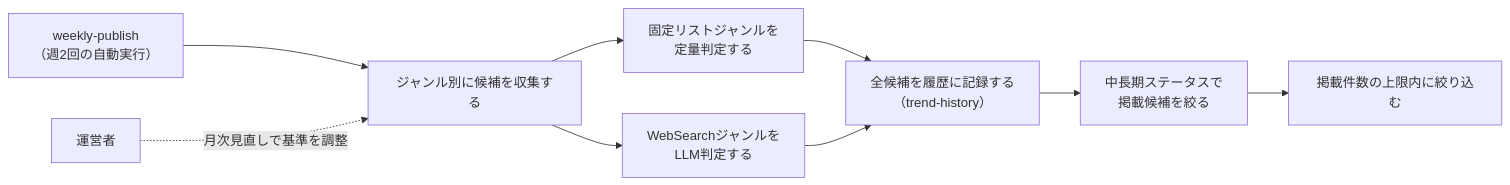
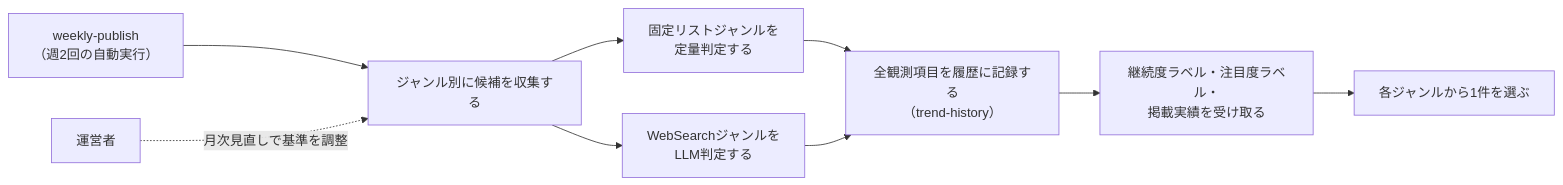
Before and after one commit to zakiyama0108/benriyatool: the diagram in specs/trend-digest/content-selection/requirements.md, drawn with Mermaid. The commit also changed other lines of this file and 20 other files, not shown here.

````diff
--- a/specs/trend-digest/content-selection/requirements.md
+++ b/specs/trend-digest/content-selection/requirements.md
@@ -20,20 +20,20 @@
 ```mermaid
 flowchart LR
     operator["運営者"]
     weeklyPublish["weekly-publish<br>（週2回の自動実行）"]
     selectGenres["ジャンル別に候補を収集する"]
     judgeFixed["固定リストジャンルを<br>定量判定する"]
     judgeSearch["WebSearchジャンルを<br>LLM判定する"]
-    recordHistory["全候補を履歴に記録する<br>（trend-history）"]
-    filterStatus["中長期ステータスで<br>掲載候補を絞る"]
-    capTopics["掲載件数の上限内に絞り込む"]
+    recordHistory["全観測項目を履歴に記録する<br>（trend-history）"]
+    judgeLabels["継続度ラベル・注目度ラベル・<br>掲載実績を受け取る"]
+    pickOne["各ジャンルから1件を選ぶ"]
 
     weeklyPublish --> selectGenres
     selectGenres --> judgeFixed
     selectGenres --> judgeSearch
     judgeFixed --> recordHistory
     judgeSearch --> recordHistory
-    recordHistory --> filterStatus
-    filterStatus --> capTopics
+    recordHistory --> judgeLabels
+    judgeLabels --> pickOne
     operator -.->|月次見直しで基準を調整| selectGenres
 ```
````
